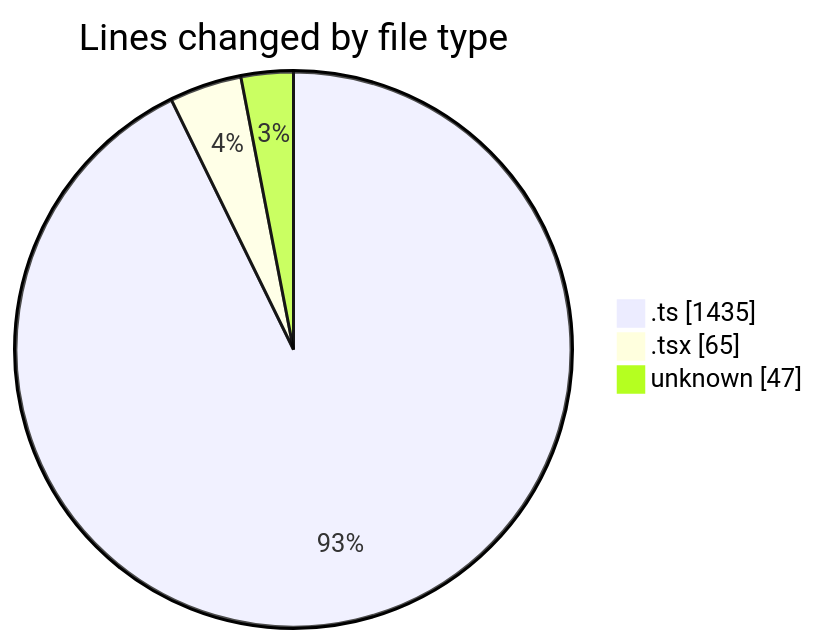
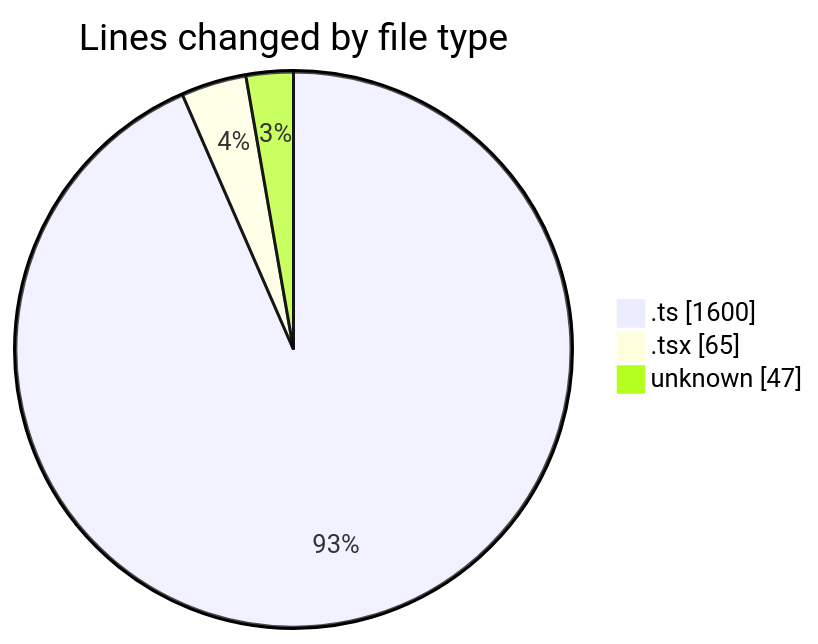
The first of 2 diagrams in 2025-09-11/cda/README.md (momahboobian/code-tracking), drawn with Mermaid before and after one commit. The commit also changed other lines of this file and 1 other file, not shown here.

````diff
--- a/2025-09-11/cda/README.md
+++ b/2025-09-11/cda/README.md
@@ -28,7 +29,7 @@
 ```mermaid
 pie showData
 title Lines changed by file type
-".ts" : 1435
+".ts" : 1600
 ".tsx" : 65
 "unknown" : 47
 ```
````
